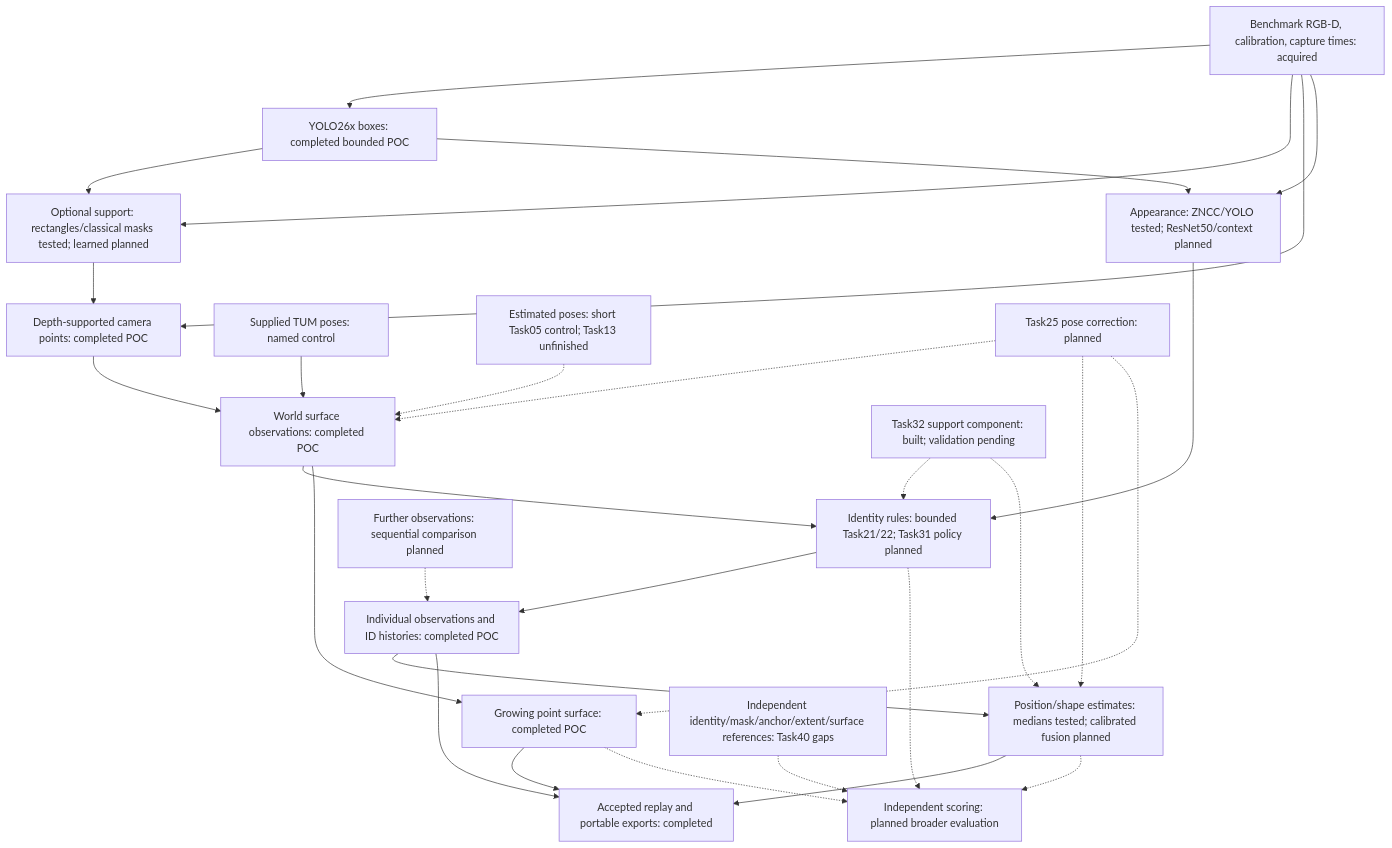
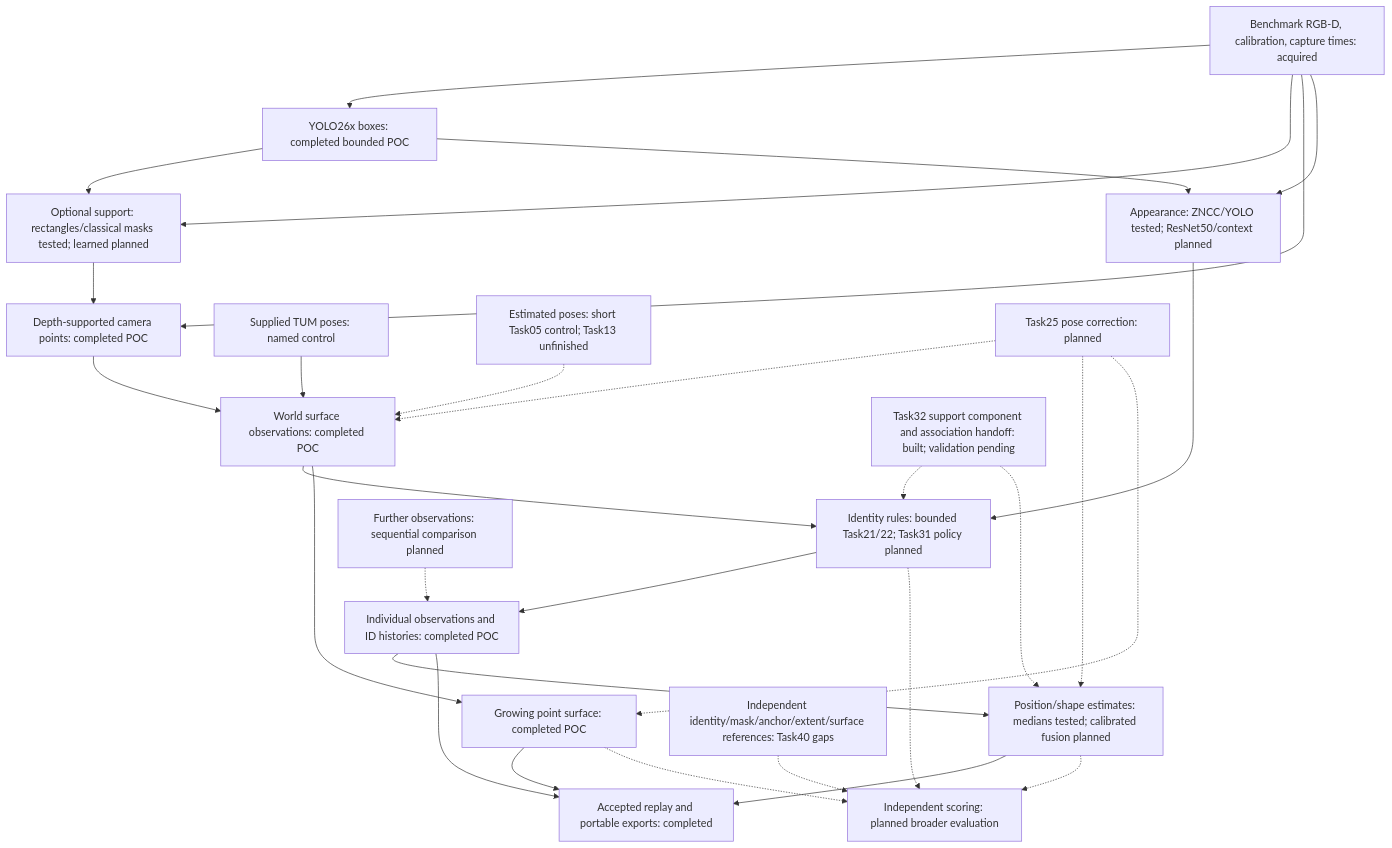
One commit to jkind9/FYLD_research changed the diagram in experiments/06_object_recognition/README.md. Above: the diagram before and after it, drawn with Mermaid. The commit also changed other lines of this file and 134 other files, not shown here.

````diff
--- a/experiments/06_object_recognition/README.md
+++ b/experiments/06_object_recognition/README.md
@@ -141,31 +141,31 @@
 ```mermaid
 flowchart TD
     I["Benchmark RGB-D, calibration, capture times: acquired"] --> D["YOLO26x boxes: completed bounded POC"]
     D --> M["Optional support: rectangles/classical masks tested; learned planned"]
     I --> M
     M --> G["Depth-supported camera points: completed POC"]
     I --> G
     P["Supplied TUM poses: named control"] --> W["World surface observations: completed POC"]
     G --> W
     D --> A["Appearance: ZNCC/YOLO tested; ResNet50/context planned"]
     I --> A
     A --> ID["Identity rules: bounded Task21/22; Task31 policy planned"]
     W --> ID
     ID --> H["Individual observations and ID histories: completed POC"]
     H --> F["Position/shape estimates: medians tested; calibrated fusion planned"]
     W --> S["Growing point surface: completed POC"]
     H --> V["Accepted replay and portable exports: completed"]
     S --> V
     F --> V
     T["Further observations: sequential comparison planned"] -.-> H
     C["Estimated poses: short Task05 control; Task13 unfinished"] -.-> W
     Q["Task25 pose correction: planned"] -.-> W
     Q -.-> F
     Q -.-> S
-    U["Task32 support component: built; validation pending"] -.-> ID
+    U["Task32 support component and association handoff: built; validation pending"] -.-> ID
     U -.-> F
     R["Independent identity/mask/anchor/extent/surface references: Task40 gaps"] -.-> E["Independent scoring: planned broader evaluation"]
     ID -.-> E
     F -.-> E
     S -.-> E
 ```
````
